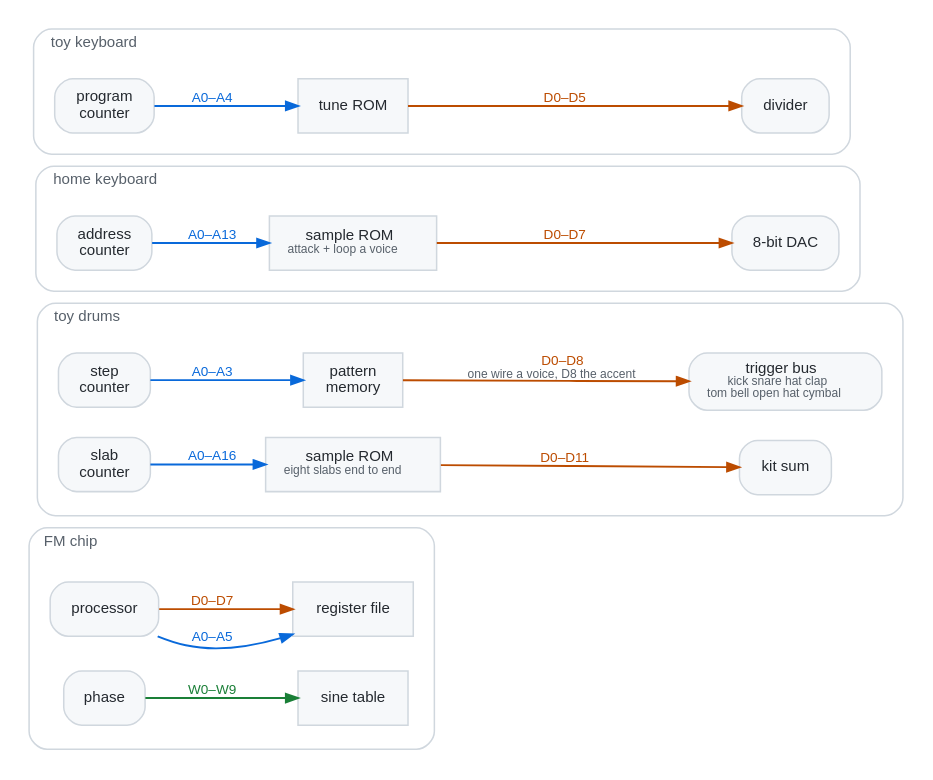
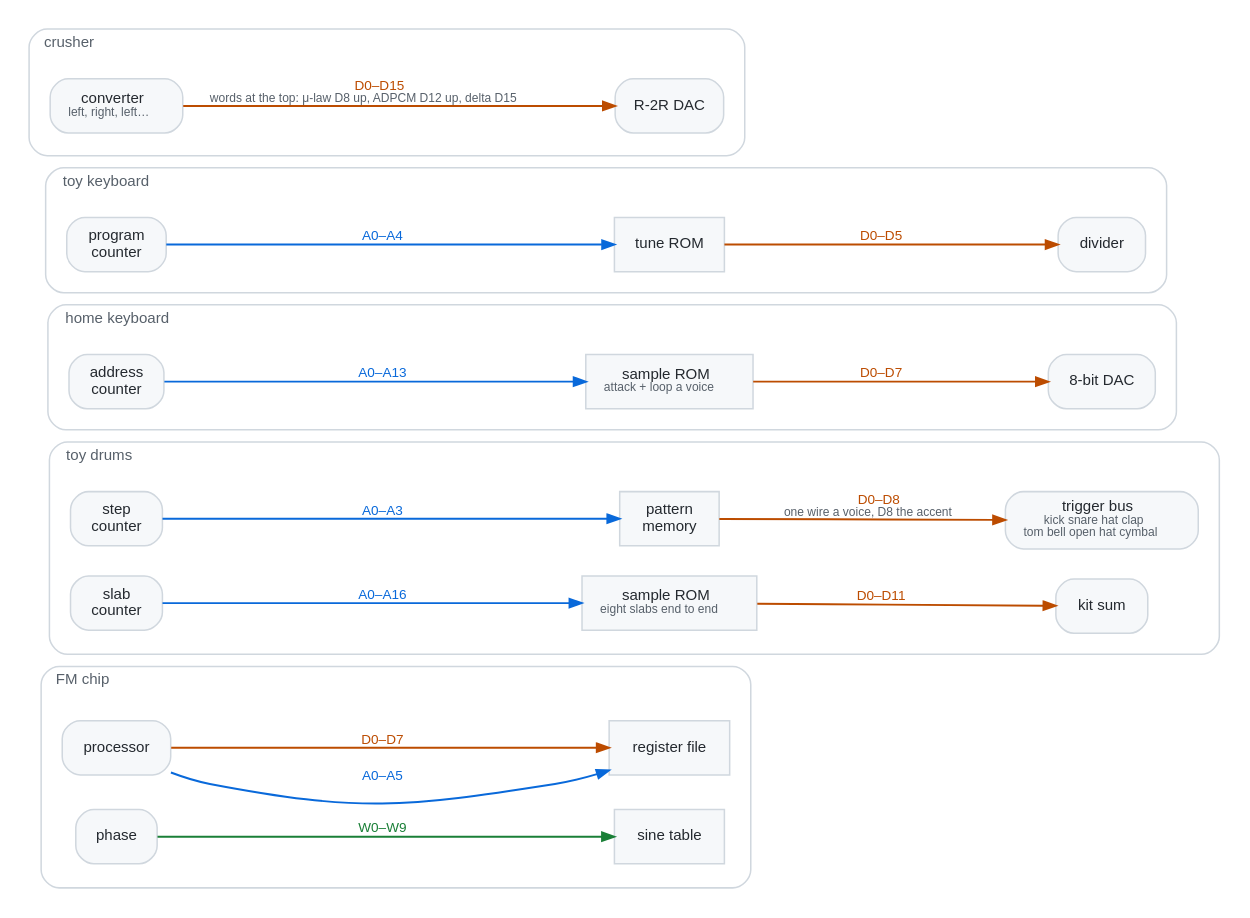
Before and after one commit to cmdcolin/bender: the diagram in docs/img/buses.dot, drawn with Graphviz. The commit also changed 2 other files, not shown here.

Commit message:
docs: the crusher's converter in BENDS.md and the bus drawing

```diff
--- a/docs/img/buses.dot
+++ b/docs/img/buses.dot
@@ -1,133 +1,154 @@
 // Source for docs/img/buses.svg, which docs/BENDS.md embeds.
 // Regenerate with: dot -Tsvg docs/img/buses.dot -o docs/img/buses.svg
 //
 // What this answers: "Data line" is a control on more than one panel and
 // means something different on each. The drawing says which two blocks each
 // bus runs between and how many wires it has, so a knife on one of them has a
 // direction rather than being a number you picked.
 //
 // The asymmetry is the point. On the toy chips the address bus runs INTO
 // the memory and the data bus comes back OUT of it, which is why an address
 // fault fetches the wrong thing while a data fault mangles what came back. The
 // FM chip's data bus runs the other way — into a register file that latches —
 // which is why its faults accumulate instead of passing. docs/BENDS.md says
 // the rest.
 //
 // Deliberately NOT per-wire meanings. Only the drum data bus has one worth
 // drawing, since a wire there is a voice; a toy-chip data line carries a note
 // code and an FM data line carries whatever byte the processor was sending, so
 // a fixed label on those would be a lie. What is knowable per wire lives in the
 // help text in src/ui/controls/sources.ts and in the named cuts.
 //
 // Widths track constants: ROM_DATA_LINES / ROM_ADDR_LINES in
 // src/dsp/stages/roms.ts, DATA_LINES and ADDR_LINES in src/drums.ts,
 // KIT_ROM_ADDR_LINES / KIT_ROM_DATA_LINES in src/dsp/stages/toyDrum.ts,
-// PCM_ADDR_LINES / PCM_DATA_LINES in src/dsp/stages/pcmKeys' own ROM. Palette
+// PCM_ADDR_LINES / PCM_DATA_LINES in src/dsp/stages/pcmKeys' own ROM,
+// CRUSH_LINES in src/dsp/stages/crusher.ts. Palette
 // follows docs/img/dataflow.dot so the family reads alike: blue chooses, orange
 // carries, green is the bus the processor never touches.
 digraph buses {
   rankdir=LR
   bgcolor="white"
   nodesep=0.28
   ranksep=0.5
   compound=true
   node [shape=box style="filled,rounded" fillcolor="#f6f8fa" color="#d0d7de"
         fontname="Helvetica" fontsize=10 margin="0.16,0.08" fontcolor="#24292f"]
   edge [fontname="Helvetica" fontsize=9 penwidth=1.3 arrowsize=0.8]
 
   // Memories are square where logic is rounded — the knife lands on the wires
   // either side of these, never inside them.
   node [style=filled shape=box] // reset below per-cluster
 
   subgraph cluster_fm {
     label="FM chip"
     labelloc="t"
     labeljust="l"
     fontname="Helvetica"
     fontsize=10
     fontcolor="#57606a"
     color="#d0d7de"
     style="rounded"
     margin=14
 
     fm_cpu [label="processor" style="filled,rounded"]
     fm_reg [label="register file" style=filled]
     fm_phase [label="phase" style="filled,rounded"]
     fm_sine [label="sine table" style=filled]
 
     // Both buses run the same way here: this one is written, not read.
     fm_cpu -> fm_reg [label="A0–A5" color="#0969da" fontcolor="#0969da"]
     fm_cpu -> fm_reg [label="D0–D7" color="#bc4c00" fontcolor="#bc4c00"]
     fm_phase -> fm_sine [label="W0–W9" color="#1a7f37" fontcolor="#1a7f37"]
   }
 
   subgraph cluster_drums {
     label="toy drums"
     labelloc="t"
     labeljust="l"
     fontname="Helvetica"
     fontsize=10
     fontcolor="#57606a"
     color="#d0d7de"
     style="rounded"
     margin=14
 
     drum_ctr [label="step\ncounter" style="filled,rounded"]
     drum_mem [label="pattern\nmemory" style=filled]
     drum_bus [label=<trigger bus<br/><font color="#57606a" point-size="8">kick snare hat clap<br/>tom bell open hat cymbal</font>> style="filled,rounded"]
 
     drum_ctr -> drum_mem [label="A0–A3" color="#0969da" fontcolor="#0969da"]
     drum_mem -> drum_bus [label=<<font color="#bc4c00">D0–D8</font><br/><font color="#57606a" point-size="8">one wire a voice, D8 the accent</font>>
                           color="#bc4c00"]
 
     // The sampled kit's own memory: eight slabs end to end, read by one
     // counter per voice over one shared bus.
     drum_slab [label="slab\ncounter" style="filled,rounded"]
     drum_rom [label=<sample ROM<br/><font color="#57606a" point-size="8">eight slabs end to end</font>> style=filled]
     drum_dac [label="kit sum" style="filled,rounded"]
 
     drum_slab -> drum_rom [label="A0–A16" color="#0969da" fontcolor="#0969da"]
     drum_rom -> drum_dac [label="D0–D11" color="#bc4c00" fontcolor="#bc4c00"]
   }
 
   subgraph cluster_keys {
     label="home keyboard"
     labelloc="t"
     labeljust="l"
     fontname="Helvetica"
     fontsize=10
     fontcolor="#57606a"
     color="#d0d7de"
     style="rounded"
     margin=14
 
     // One counter, one memory, and the widest address bus on the board — the
     // top two wires only ever go high on the sampled voice, because the wave
     // ROM fits under them and the sample memory does not.
     pcm_ctr [label="address\ncounter" style="filled,rounded"]
     pcm_rom [label=<sample ROM<br/><font color="#57606a" point-size="8">attack + loop a voice</font>> style=filled]
     pcm_dac [label="8-bit DAC" style="filled,rounded"]
 
     pcm_ctr -> pcm_rom [label="A0–A13" color="#0969da" fontcolor="#0969da"]
     pcm_rom -> pcm_dac [label="D0–D7" color="#bc4c00" fontcolor="#bc4c00"]
   }
 
   subgraph cluster_toy {
     label="toy keyboard"
     labelloc="t"
     labeljust="l"
     fontname="Helvetica"
     fontsize=10
     fontcolor="#57606a"
     color="#d0d7de"
     style="rounded"
     margin=14
 
     toy_ctr [label="program\ncounter" style="filled,rounded"]
     toy_rom [label="tune ROM" style=filled]
     toy_div [label="divider" style="filled,rounded"]
 
     toy_ctr -> toy_rom [label="A0–A4" color="#0969da" fontcolor="#0969da"]
     toy_rom -> toy_div [label="D0–D5" color="#bc4c00" fontcolor="#bc4c00"]
   }
+
+  subgraph cluster_crush {
+    label="crusher"
+    labelloc="t"
+    labeljust="l"
+    fontname="Helvetica"
+    fontsize=10
+    fontcolor="#57606a"
+    color="#d0d7de"
+    style="rounded"
+    margin=14
+
+    // One converter takes both channels in turn, so a floating pin carries
+    // from one channel's word into the other's.
+    crush_adc [label=<converter<br/><font color="#57606a" point-size="8">left, right, left…</font>> style="filled,rounded"]
+    crush_dac [label="R-2R DAC" style="filled,rounded"]
+
+    crush_adc -> crush_dac [label=<<font color="#bc4c00">D0–D15</font><br/><font color="#57606a" point-size="8">words at the top: μ-law D8 up, ADPCM D12 up, delta D15</font>>
+                            color="#bc4c00"]
+  }
 }
```
